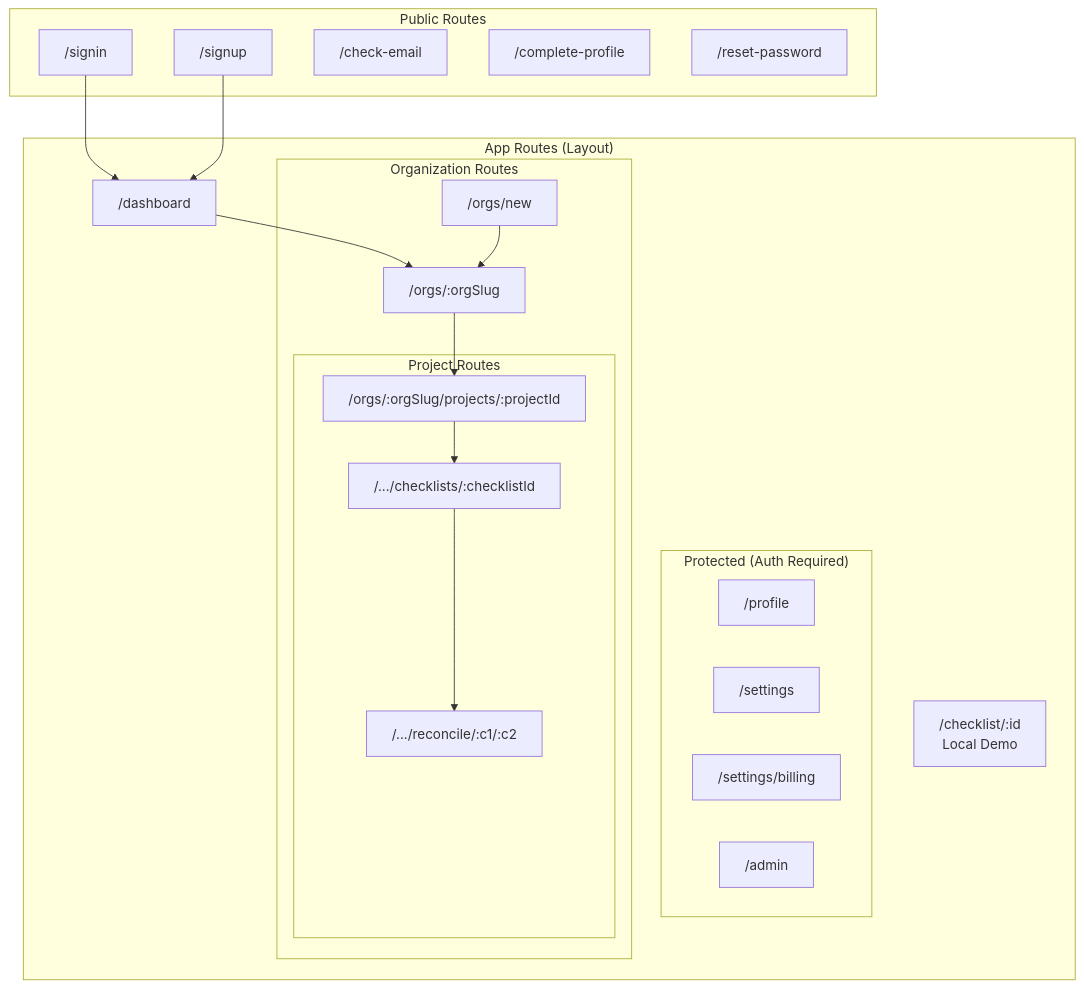
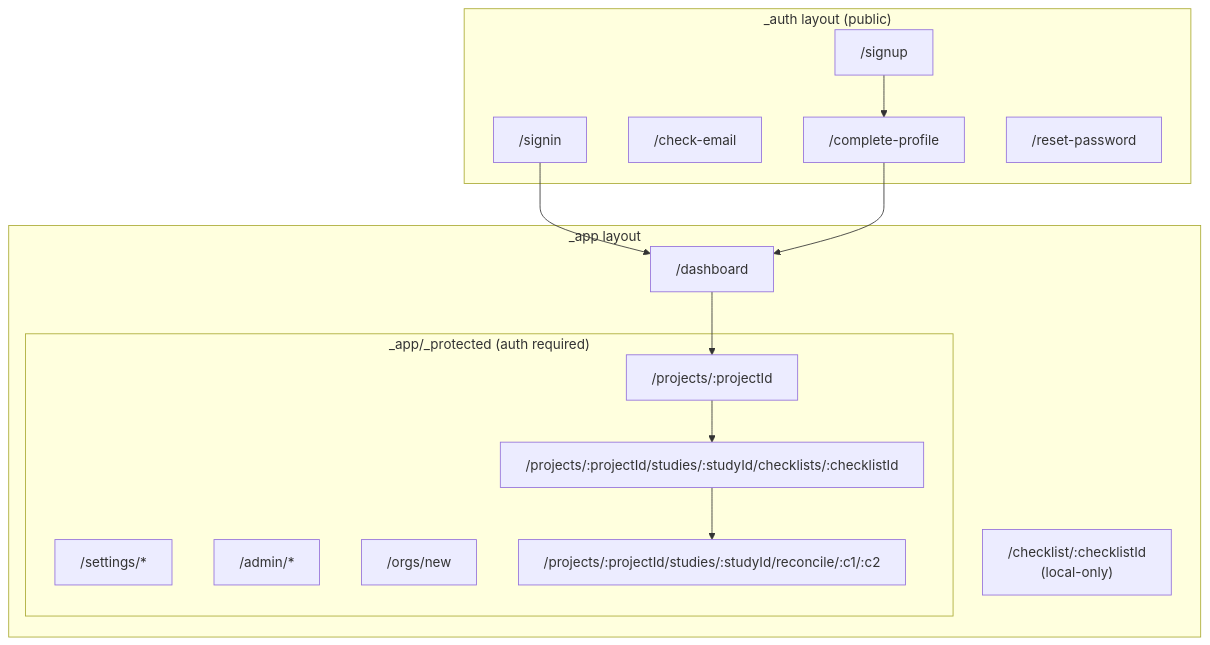
Before and after one commit to InfinityBowman/corates: the diagram in packages/docs/architecture/diagrams/05-frontend-routes.md, drawn with Mermaid. The commit also changed other lines of this file and 11 other files, not shown here.

````diff
--- a/packages/docs/architecture/diagrams/05-frontend-routes.md
+++ b/packages/docs/architecture/diagrams/05-frontend-routes.md
@@ -5,41 +5,31 @@
 ```mermaid
 flowchart TD
-    subgraph Public["Public Routes"]
+    subgraph Public["_auth layout (public)"]
         signin["/signin"]
         signup["/signup"]
         checkemail["/check-email"]
         completeprofile["/complete-profile"]
         resetpw["/reset-password"]
     end
 
-    subgraph App["App Routes (Layout)"]
+    subgraph App["_app layout"]
         dashboard["/dashboard"]
-        localcheck["/checklist/:id<br/>Local Demo"]
+        localcheck["/checklist/:checklistId<br/>(local-only)"]
 
-        subgraph Protected["Protected (Auth Required)"]
-            profile["/profile"]
-            settings["/settings"]
-            billing["/settings/billing"]
-            admin["/admin"]
-        end
-
-        subgraph OrgRoutes["Organization Routes"]
+        subgraph Protected["_app/_protected (auth required)"]
+            settings["/settings/*"]
+            admin["/admin/*"]
             createorg["/orgs/new"]
-            orgdash["/orgs/:orgSlug"]
-
-            subgraph ProjectRoutes["Project Routes"]
-                projectview["/orgs/:orgSlug/projects/:projectId"]
-                checklistview["/.../checklists/:checklistId"]
-                reconcile["/.../reconcile/:c1/:c2"]
-            end
+            projectview["/projects/:projectId"]
+            checklistview["/projects/:projectId/studies/:studyId/checklists/:checklistId"]
+            reconcile["/projects/:projectId/studies/:studyId/reconcile/:c1/:c2"]
         end
     end
 
     signin --> dashboard
-    signup --> dashboard
-    dashboard --> orgdash
-    createorg --> orgdash
-    orgdash --> projectview
+    signup --> completeprofile
+    completeprofile --> dashboard
+    dashboard --> projectview
     projectview --> checklistview
     checklistview --> reconcile
 ```
````
